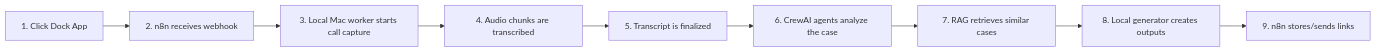
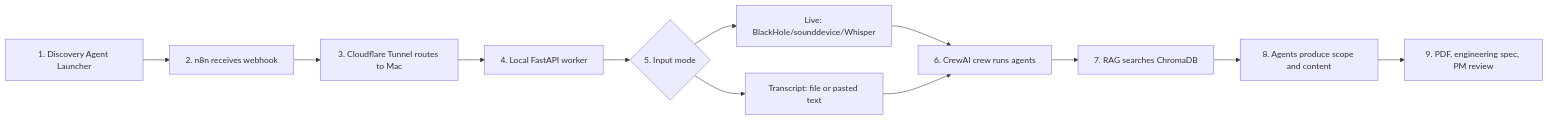
One commit to Thaynabarreiro/discovery-agent changed the diagram in docs/process_logic.md. Above: the diagram before and after it, drawn with Mermaid. The commit also changed other lines of this file and 2 other files, not shown here.

Commit message:
Fix launcher interactions and update architecture diagram

````diff
--- a/docs/process_logic.md
+++ b/docs/process_logic.md
@@ -5,11 +5,14 @@
 ```mermaid
 flowchart LR
-  A["1. Click Dock App"] --> B["2. n8n receives webhook"]
-  B --> C["3. Local Mac worker starts call capture"]
-  C --> D["4. Audio chunks are transcribed"]
-  D --> E["5. Transcript is finalized"]
-  E --> F["6. CrewAI agents analyze the case"]
-  F --> G["7. RAG retrieves similar cases"]
-  G --> H["8. Local generator creates outputs"]
-  H --> I["9. n8n stores/sends links"]
+  A["1. Discovery Agent Launcher"] --> B["2. n8n receives webhook"]
+  B --> C["3. Cloudflare Tunnel routes to Mac"]
+  C --> D["4. Local FastAPI worker"]
+  D --> E{"5. Input mode"}
+  E --> F["Live: BlackHole/sounddevice/Whisper"]
+  E --> G["Transcript: file or pasted text"]
+  F --> H["6. CrewAI crew runs agents"]
+  G --> H
+  H --> I["7. RAG searches ChromaDB"]
+  I --> J["8. Agents produce scope and content"]
+  J --> K["9. PDF, engineering spec, PM review"]
 ```
````
